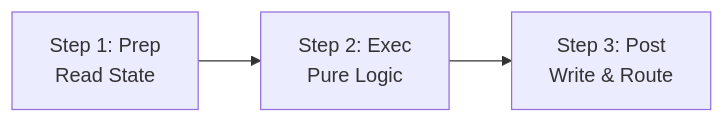
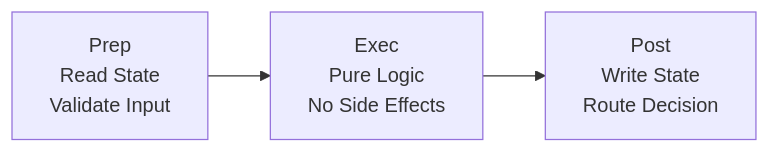
One commit to agentstation/pocket changed the second of 2 diagrams in README.md. Above: the diagram before and after it, drawn with Mermaid. The commit also changed other lines of this file and 9 other files, not shown here.

````diff
--- a/README.md
+++ b/README.md
@@ -87,4 +131,4 @@
 ```mermaid
 graph LR
-    Prep["Step 1: Prep<br/>Read State"] --> Exec["Step 2: Exec<br/>Pure Logic"] --> Post["Step 3: Post<br/>Write & Route"]
+    Prep["Prep<br/>Read State<br/>Validate Input"] --> Exec["Exec<br/>Pure Logic<br/>No Side Effects"] --> Post["Post<br/>Write State<br/>Route Decision"]
 ```
````
